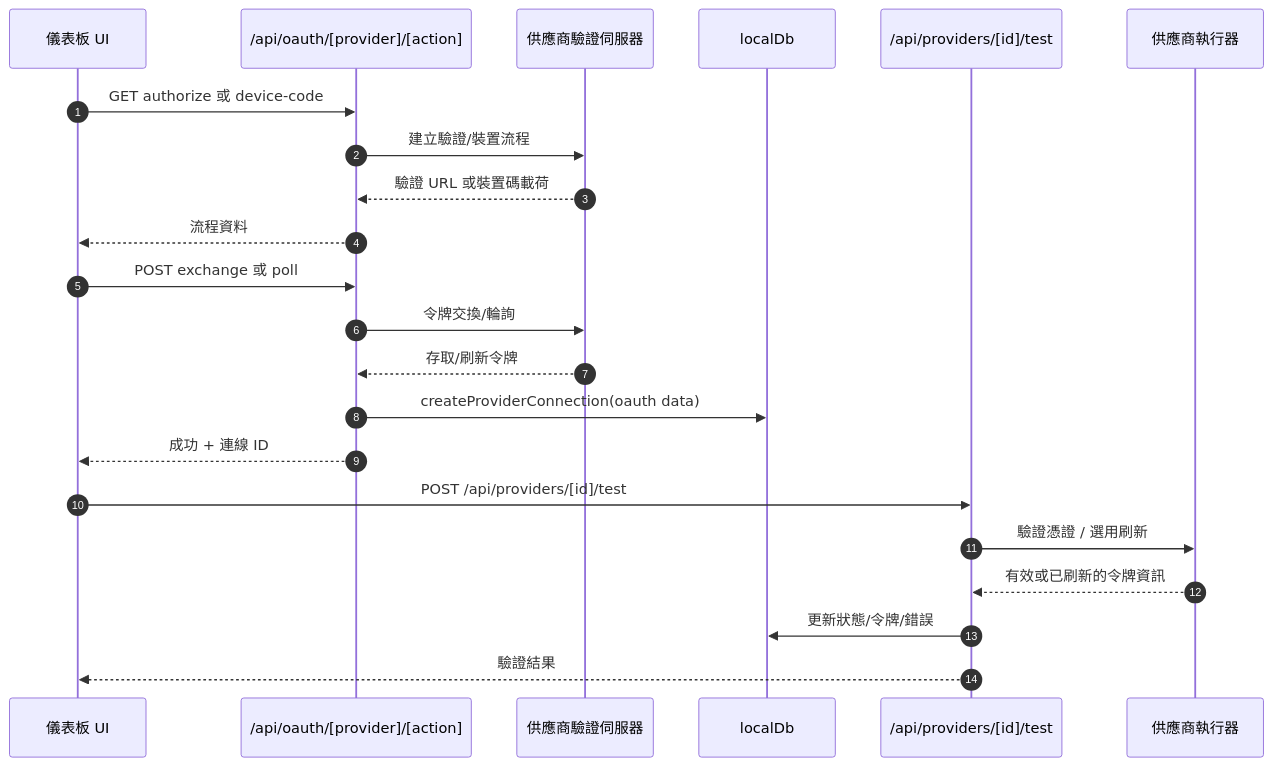
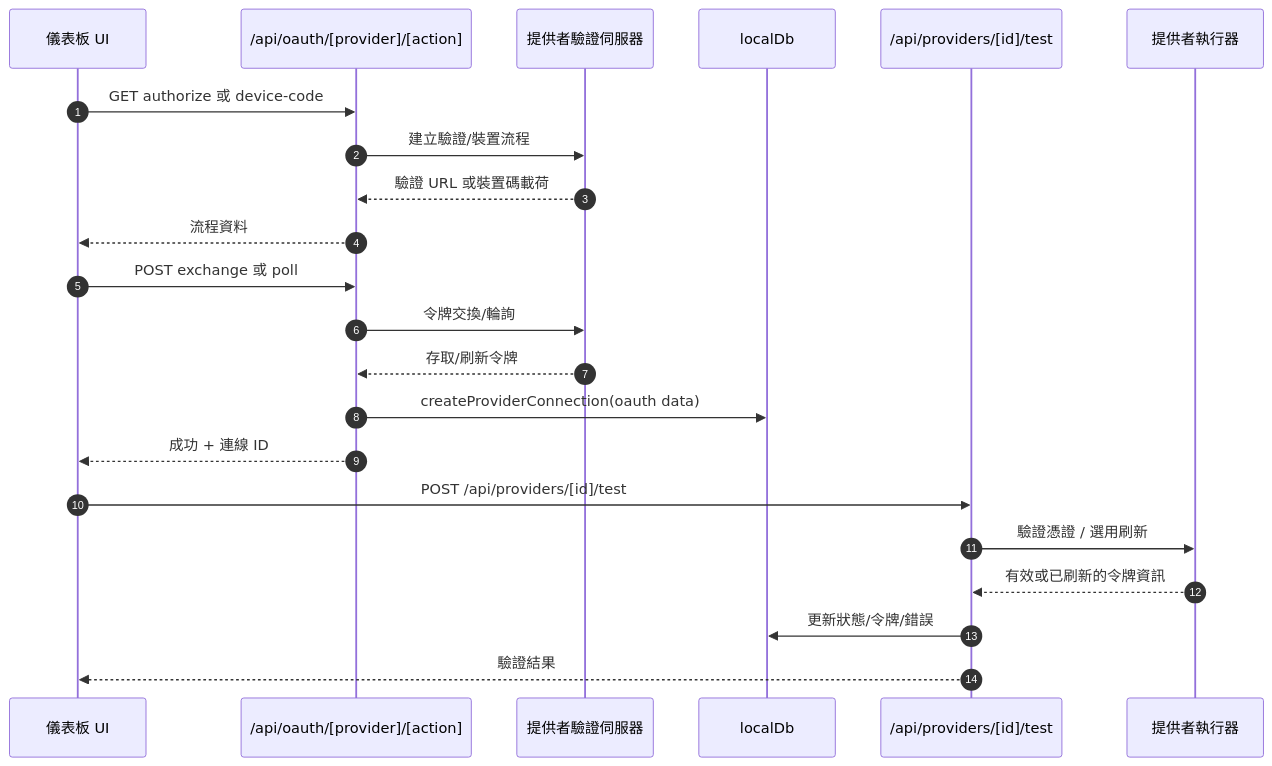
One commit to gabrielmoreira/agent-skills-mirror changed the fourth of 7 diagrams in mirrors/repos/diegosouzapw@OmniRoute/docs/i18n/zh-TW/docs/architecture/ARCHITECTURE.md. Above: the diagram before and after it, drawn with Mermaid. The commit also changed other lines of this file and 1979 other files, not shown here.

````diff
--- a/mirrors/repos/diegosouzapw@OmniRoute/docs/i18n/zh-TW/docs/architecture/ARCHITECTURE.md
+++ b/mirrors/repos/diegosouzapw@OmniRoute/docs/i18n/zh-TW/docs/architecture/ARCHITECTURE.md
@@ -611,27 +611,27 @@
 ```mermaid
 sequenceDiagram
     autonumber
     participant UI as 儀表板 UI
     participant OAuth as /api/oauth/[provider]/[action]
-    participant ProvAuth as 供應商驗證伺服器
+    participant ProvAuth as 提供者驗證伺服器
     participant DB as localDb
     participant Test as /api/providers/[id]/test
-    participant Exec as 供應商執行器
+    participant Exec as 提供者執行器
 
     UI->>OAuth: GET authorize 或 device-code
     OAuth->>ProvAuth: 建立驗證/裝置流程
     ProvAuth-->>OAuth: 驗證 URL 或裝置碼載荷
     OAuth-->>UI: 流程資料
 
     UI->>OAuth: POST exchange 或 poll
     OAuth->>ProvAuth: 令牌交換/輪詢
     ProvAuth-->>OAuth: 存取/刷新令牌
     OAuth->>DB: createProviderConnection(oauth data)
     OAuth-->>UI: 成功 + 連線 ID
 
     UI->>Test: POST /api/providers/[id]/test
     Test->>Exec: 驗證憑證 / 選用刷新
     Exec-->>Test: 有效或已刷新的令牌資訊
     Test->>DB: 更新狀態/令牌/錯誤
     Test-->>UI: 驗證結果
 ```
````
